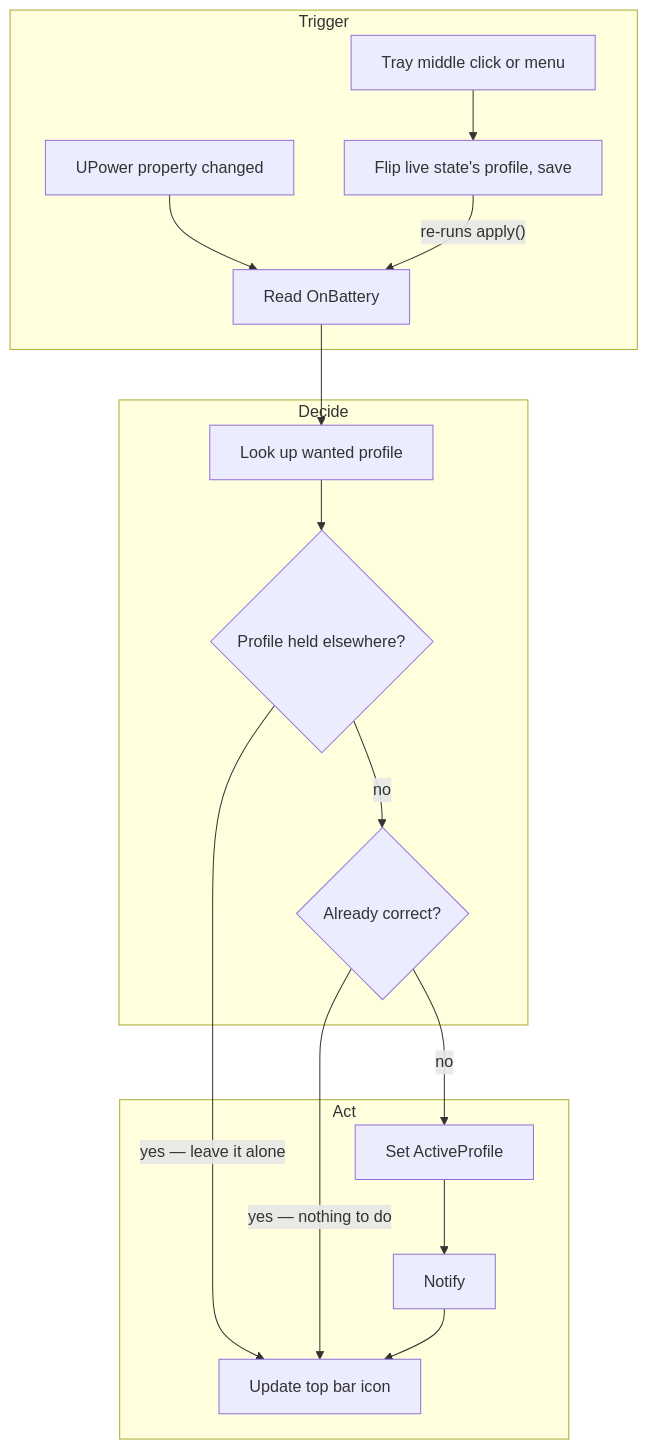
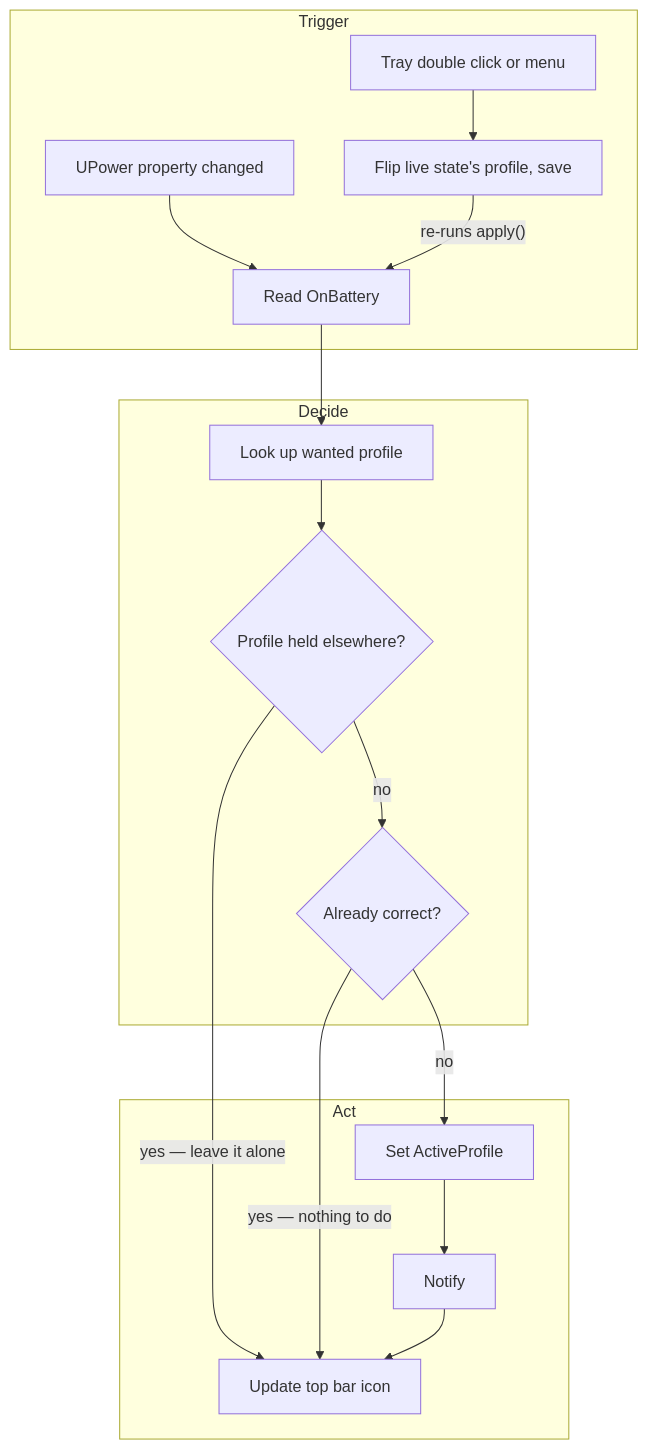
Before and after one commit to mattyv/powerswitch: the second of 2 diagrams in README.md, drawn with Mermaid. The commit also changed other lines of this file and 3 other files, not shown here.

First line of the commit message:
feat: double-click the top bar icon to toggle the profile

````diff
--- a/README.md
+++ b/README.md
@@ -94,30 +95,30 @@
 ```mermaid
 flowchart TD
   subgraph trigger["Trigger"]
     event["UPower property changed"]
-    toggle["Tray middle click or menu"]
+    toggle["Tray double click or menu"]
     flipcfg["Flip live state's profile, save"]
     readstate["Read OnBattery"]
   end
   subgraph decide["Decide"]
     readcfg["Look up wanted profile"]
     held{"Profile held elsewhere?"}
     same{"Already correct?"}
   end
   subgraph act["Act"]
     write["Set ActiveProfile"]
     notify["Notify"]
     tray["Update top bar icon"]
   end
   event --> readstate
   toggle --> flipcfg
   flipcfg -->|"re-runs apply()"| readstate
   readstate --> readcfg
   readcfg --> held
   held -->|"yes — leave it alone"| tray
   held -->|"no"| same
   same -->|"yes — nothing to do"| tray
   same -->|"no"| write
   write --> notify
   notify --> tray
 ```
````
